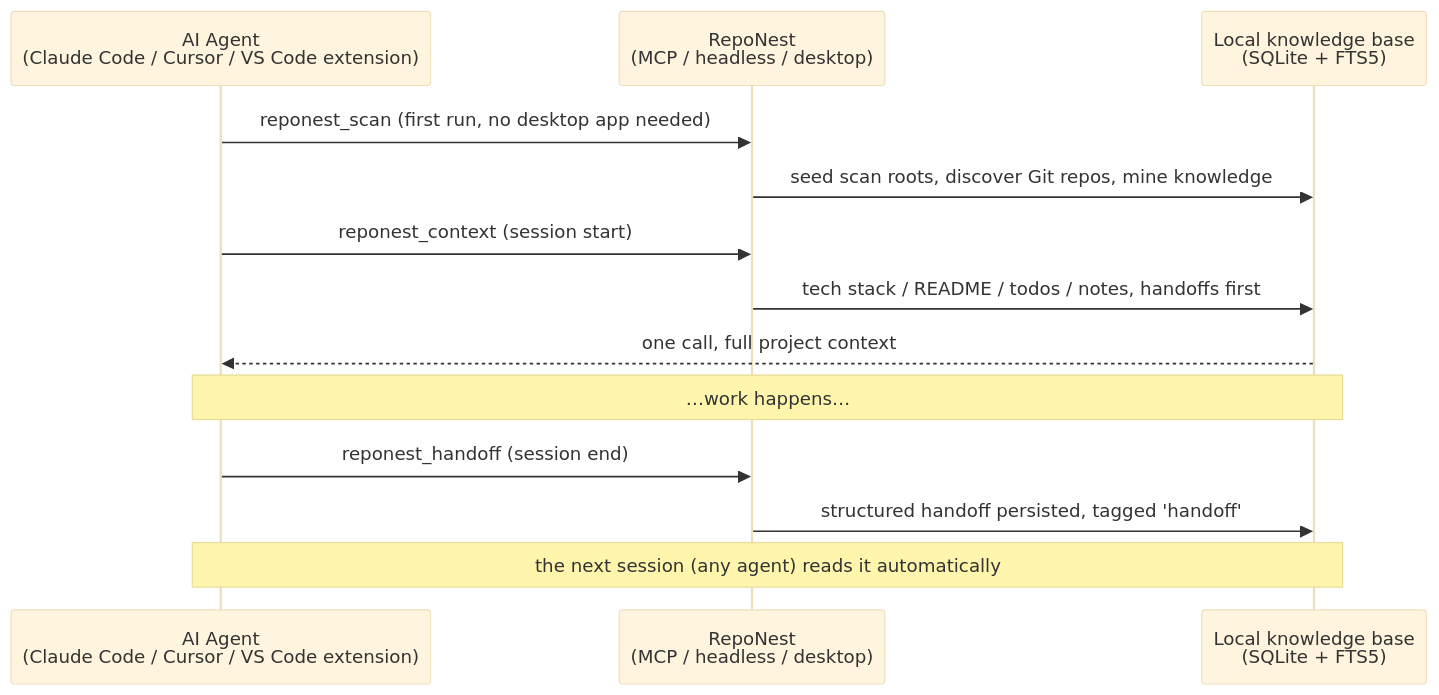
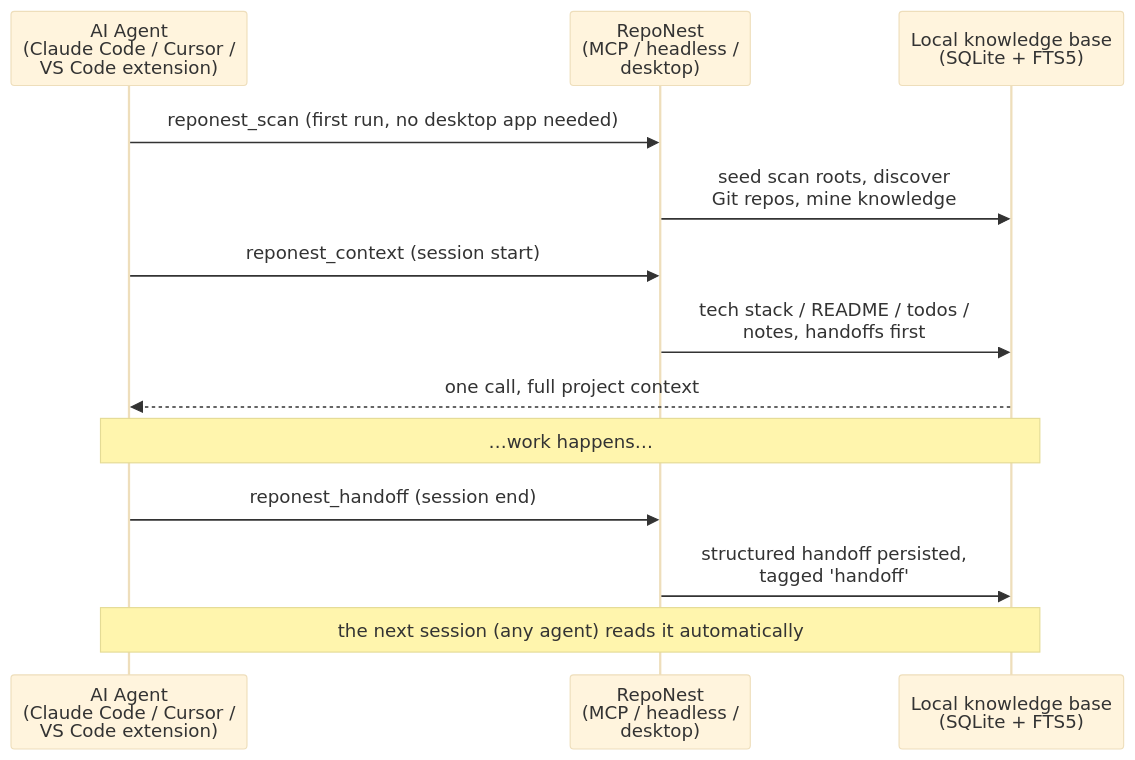
One commit to sky-jiangcheng/RepoNest changed the second of 3 diagrams in docs/en/index.md. Above: the diagram before and after it, drawn with Mermaid (base theme). The commit also changed other lines of this file and 8 other files, not shown here.

Commit message:
docs(diagrams): improve readability of dense architecture diagrams

````diff
--- a/docs/en/index.md
+++ b/docs/en/index.md
@@ -38,15 +38,15 @@
 ```mermaid
 sequenceDiagram
-    participant Agent as AI Agent<br/>(Claude Code / Cursor / VS Code extension)
-    participant RN as RepoNest<br/>(MCP / headless / desktop)
+    participant Agent as AI Agent<br/>(Claude Code / Cursor /<br/>VS Code extension)
+    participant RN as RepoNest<br/>(MCP / headless /<br/>desktop)
     participant KB as Local knowledge base<br/>(SQLite + FTS5)
     Agent->>RN: reponest_scan (first run, no desktop app needed)
-    RN->>KB: seed scan roots, discover Git repos, mine knowledge
+    RN->>KB: seed scan roots, discover<br/>Git repos, mine knowledge
     Agent->>RN: reponest_context (session start)
-    RN->>KB: tech stack / README / todos / notes, handoffs first
+    RN->>KB: tech stack / README / todos /<br/>notes, handoffs first
     KB-->>Agent: one call, full project context
     Note over Agent,KB: …work happens…
     Agent->>RN: reponest_handoff (session end)
-    RN->>KB: structured handoff persisted, tagged 'handoff'
+    RN->>KB: structured handoff persisted,<br/>tagged 'handoff'
     Note over KB,Agent: the next session (any agent) reads it automatically
 ```
````
